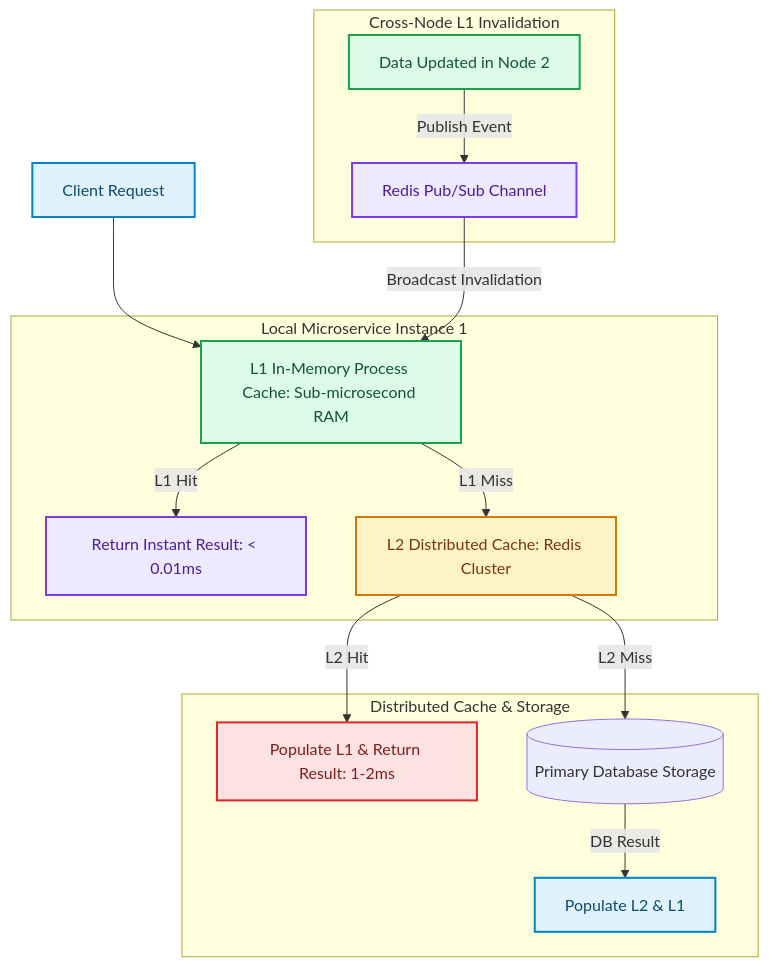
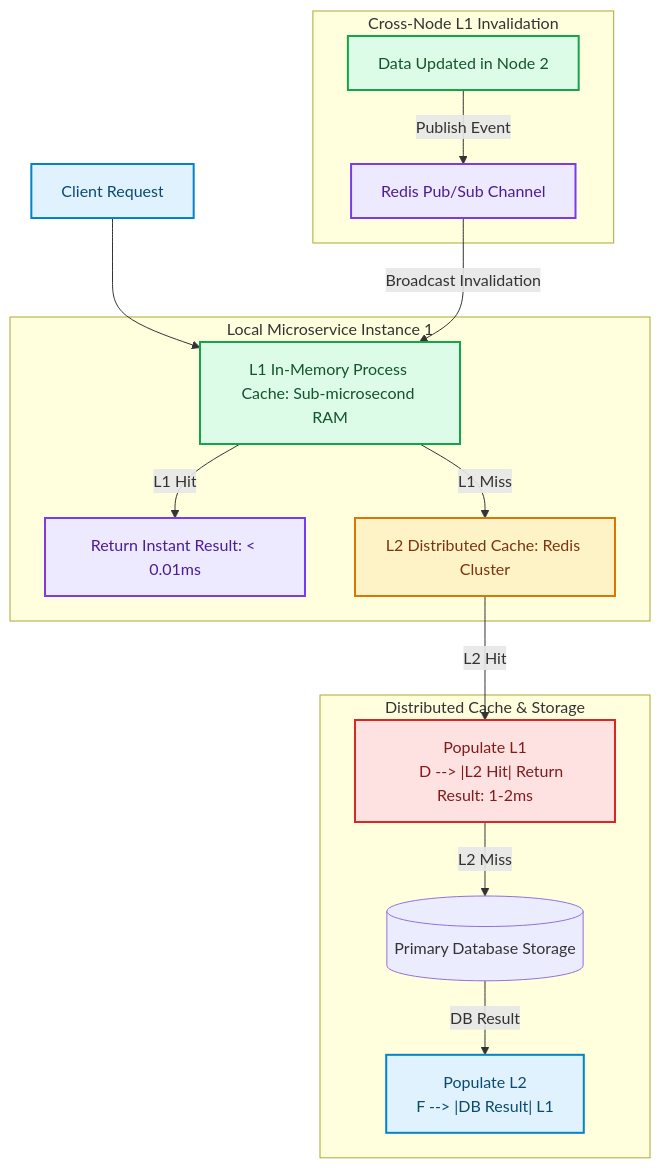
The diagram in blog/posts/multi-tier-hybrid-caching-in-memory-l1-distributed-l2-clusters.md (akmalkhaniub/akmalkhaniub.github.io), drawn with Mermaid before and after one commit. The commit also changed other lines of this file and 894 other files, not shown here.

Commit message:
feat(blog): upgrade all 444 posts with unique staggered dates, 2-col Mermaid spines, benchmark tables, code blocks, and trade-offs

````diff
--- a/blog/posts/multi-tier-hybrid-caching-in-memory-l1-distributed-l2-clusters.md
+++ b/blog/posts/multi-tier-hybrid-caching-in-memory-l1-distributed-l2-clusters.md
@@ -19,31 +19,33 @@
 ```mermaid
 flowchart TD
   A["Client Request"] --> B["L1 In-Memory Process Cache: Sub-microsecond RAM"]
   
   subgraph SG1_LocalMicroserviceInstance ["Local Microservice Instance 1"]
     B -->|L1 Hit| C["Return Instant Result: < 0.01ms"]
     B -->|L1 Miss| D["L2 Distributed Cache: Redis Cluster"]
   end
   
   subgraph SG2_DistributedCacheStorage ["Distributed Cache & Storage"]
-    D -->|L2 Hit| E["Populate L1 & Return Result: 1-2ms"]
-    D -->|L2 Miss| F[(Primary Database Storage)]
-    F -->|DB Result| G["Populate L2 & L1"]
+    D --> |L2 Hit| E["Populate L1
+    D --> |L2 Hit| Return Result: 1-2ms"]
+    E --> |L2 Miss| F[(Primary Database Storage)]
+    F --> |DB Result| G["Populate L2
+    F --> |DB Result| L1"]
   end
   
   subgraph SG3_CrossNodeL1 ["Cross-Node L1 Invalidation"]
     H["Data Updated in Node 2"] -->|Publish Event| I["Redis Pub/Sub Channel"]
     I -->|Broadcast Invalidation| B
   end
 
 classDef green fill:#dcfce7,stroke:#16a34a,stroke-width:2px,color:#14532d;
 classDef red fill:#fee2e2,stroke:#dc2626,stroke-width:2px,color:#7f1d1d;
 classDef blue fill:#e0f2fe,stroke:#0284c7,stroke-width:2px,color:#0c4a6e;
 classDef yellow fill:#fef3c7,stroke:#d97706,stroke-width:2px,color:#78350f;
 classDef purple fill:#ede9fe,stroke:#7c3aed,stroke-width:2px,color:#4c1d95;
 class A,G blue
 class B,H green
 class C,I purple
 class D yellow
 class E red
 ```
````
